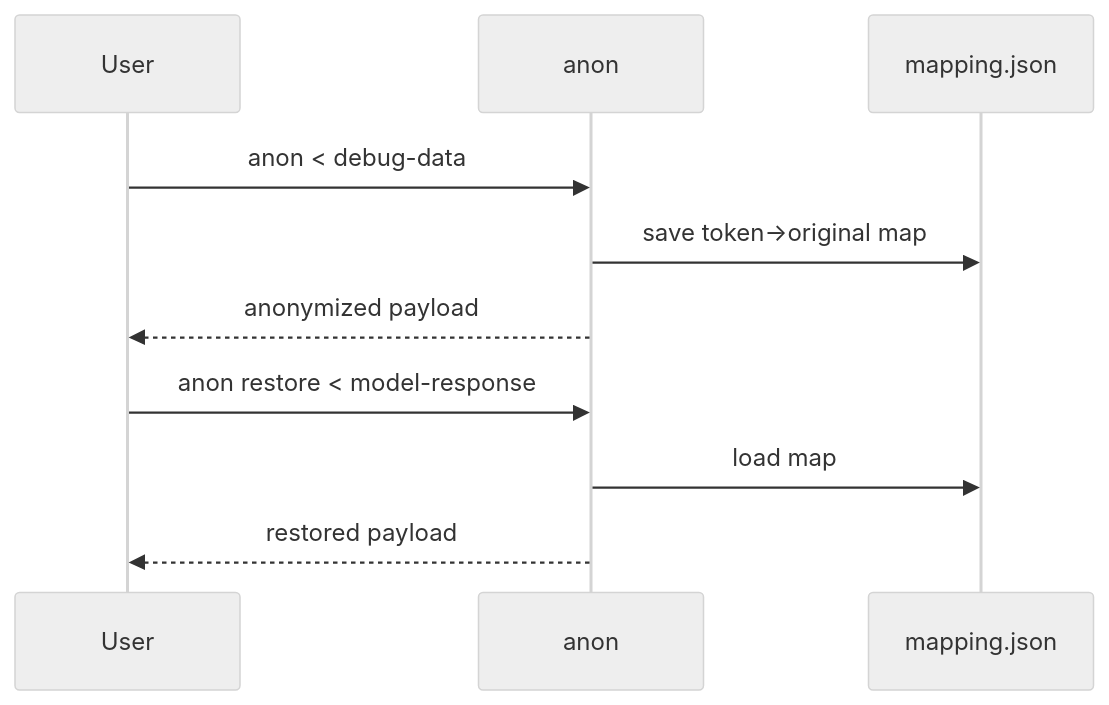
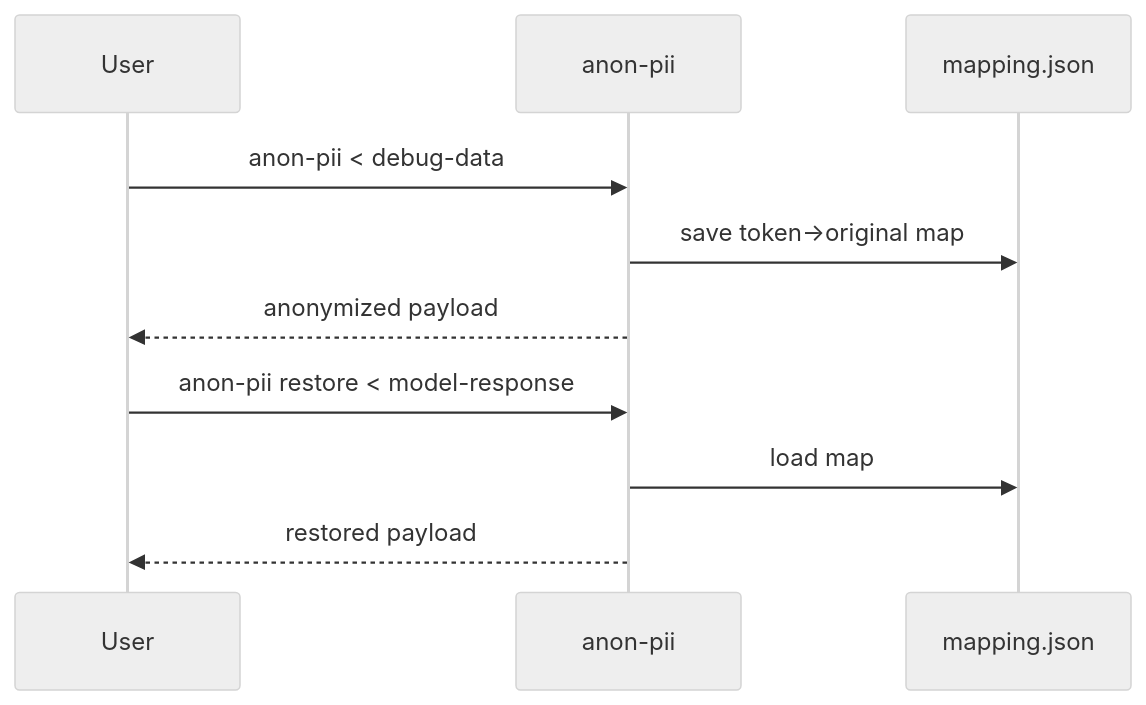
The third of 3 diagrams in README.md (tcheuD/anon-pii), drawn with Mermaid (neutral theme) before and after one commit. The commit also changed other lines of this file and 7 other files, not shown here.

First line of the commit message:
chore: rename binary to anon-pii to match package

````diff
--- a/README.md
+++ b/README.md
@@ -163,12 +163,12 @@
 ```mermaid
 sequenceDiagram
     participant U as User
-    participant A as anon
+    participant A as anon-pii
     participant M as mapping.json
-    U->>A: anon < debug-data
+    U->>A: anon-pii < debug-data
     A->>M: save token->original map
     A-->>U: anonymized payload
-    U->>A: anon restore < model-response
+    U->>A: anon-pii restore < model-response
     A->>M: load map
     A-->>U: restored payload
 ```
````
